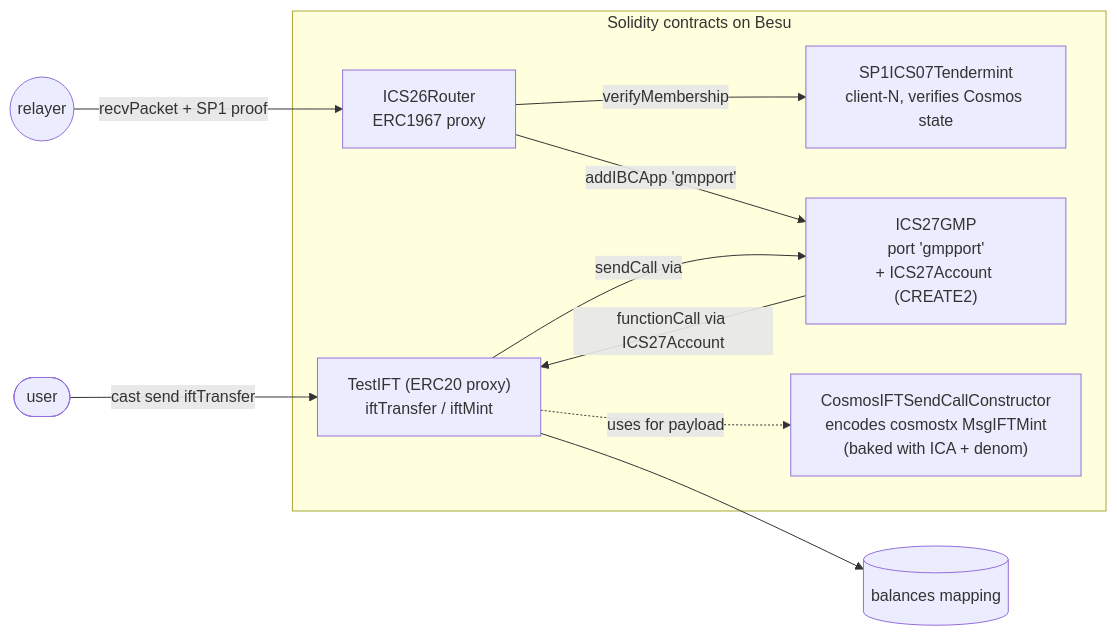
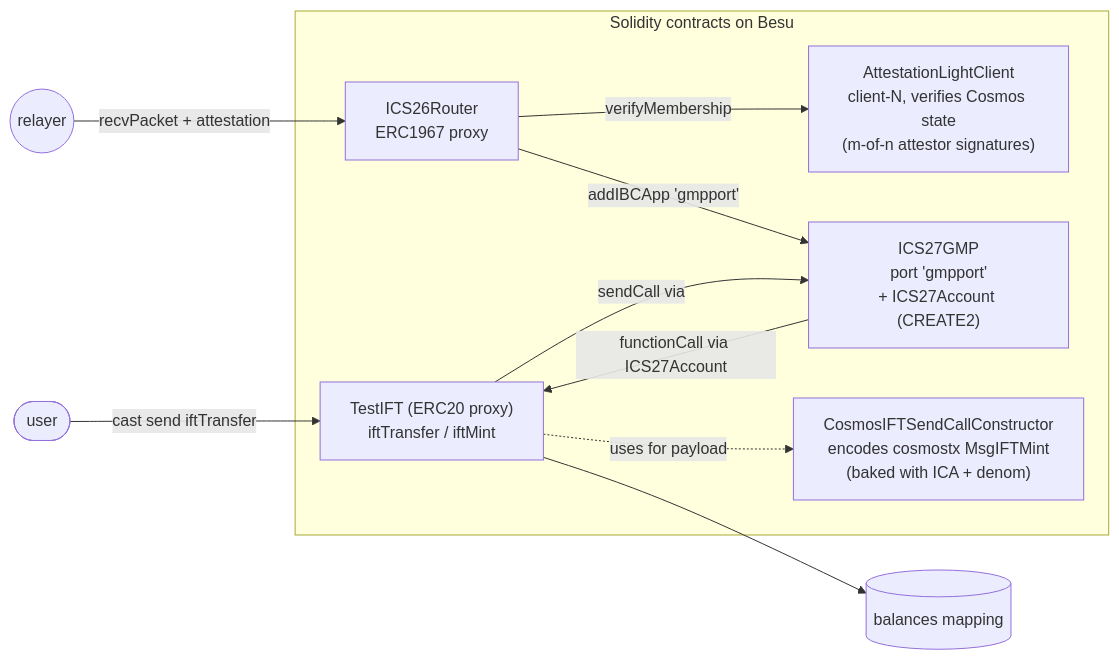
One commit to cosmos/ibc-e2e-docs-example changed the third of 3 diagrams in demo/cosmos-evm/README.md. Above: the diagram before and after it, drawn with Mermaid. The commit also changed other lines of this file and 6 other files, not shown here.

````diff
--- a/demo/cosmos-evm/README.md
+++ b/demo/cosmos-evm/README.md
@@ -79,20 +85,20 @@
 ```mermaid
 graph LR
     User(["user"]) -->|cast send iftTransfer| TestIFT
-    Relayer(("relayer")) -->|recvPacket + SP1 proof| ICS26
+    Relayer(("relayer")) -->|recvPacket + attestation| ICS26
 
     subgraph EVM["Solidity contracts on Besu"]
         ICS26["ICS26Router<br/>ERC1967 proxy"]
-        SP1LC["SP1ICS07Tendermint<br/>client-N, verifies Cosmos state"]
+        AttLC["AttestationLightClient<br/>client-N, verifies Cosmos state<br/>(m-of-n attestor signatures)"]
         ICS27["ICS27GMP<br/>port 'gmpport'<br/>+ ICS27Account (CREATE2)"]
         TestIFT["TestIFT (ERC20 proxy)<br/>iftTransfer / iftMint"]
         Ctor["CosmosIFTSendCallConstructor<br/>encodes cosmostx MsgIFTMint<br/>(baked with ICA + denom)"]
     end
 
-    ICS26 -->|verifyMembership| SP1LC
+    ICS26 -->|verifyMembership| AttLC
     ICS26 -->|addIBCApp 'gmpport'| ICS27
     ICS27 -->|functionCall via ICS27Account| TestIFT
     TestIFT -->|sendCall via| ICS27
     TestIFT -.->|uses for payload| Ctor
     TestIFT --> ERC20[("balances mapping")]
 ```
````
